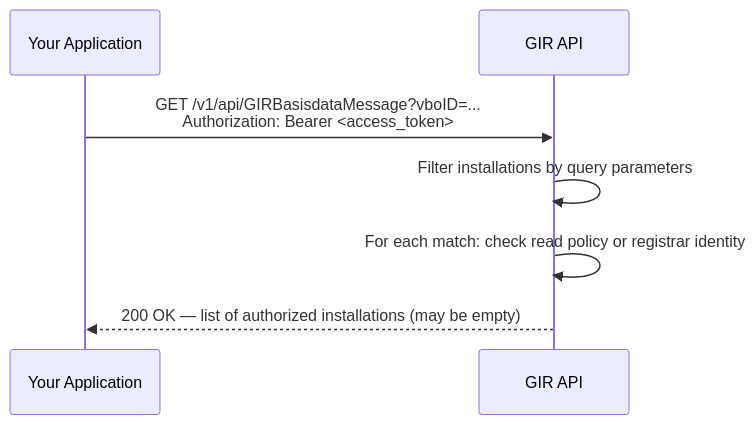
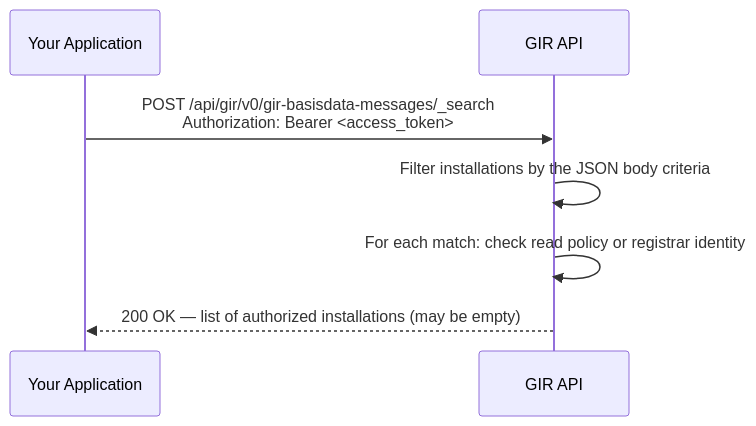
One commit to POORT8/Poort8.Docs changed the diagram in gir/retrieve-installations.md. Above: the diagram before and after it, drawn with Mermaid. The commit also changed other lines of this file and 10 other files, not shown here.

````diff
--- a/gir/retrieve-installations.md
+++ b/gir/retrieve-installations.md
@@ -16,10 +16,10 @@
 ```mermaid
 sequenceDiagram
     participant App as Your Application
     participant GIR as GIR API
-
-    App->>GIR: GET /v1/api/GIRBasisdataMessage?vboID=...<br/>Authorization: Bearer <access_token>
-    GIR->>GIR: Filter installations by query parameters
+    App->>GIR: POST /api/gir/v0/gir-basisdata-messages/_search<br/>Authorization: Bearer <access_token>
+    GIR->>GIR: Filter installations by the JSON body criteria
     GIR->>GIR: For each match: check read policy or registrar identity
     GIR-->>App: 200 OK — list of authorized installations (may be empty)
+
 ```
````
